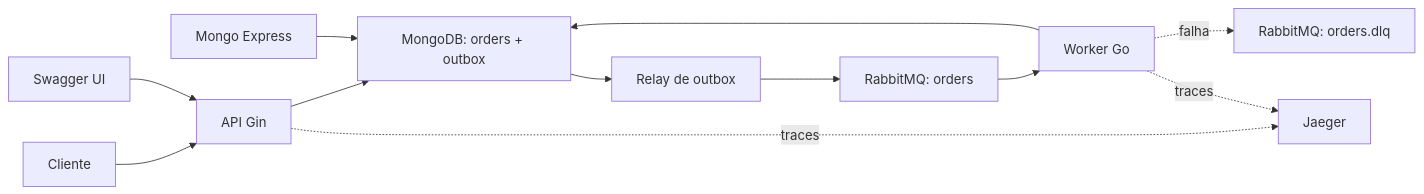
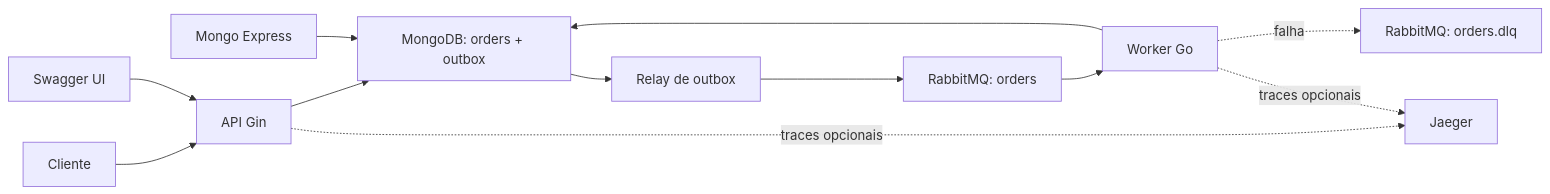
One commit to joaohgf/mjv-challenge changed the diagram in README.md. Above: the diagram before and after it, drawn with Mermaid. The commit also changed other lines of this file, not shown here.

````diff
--- a/README.md
+++ b/README.md
@@ -7,14 +7,14 @@
 ```mermaid
 flowchart LR
     Client["Cliente"] --> API["API Gin"]
     API --> Mongo["MongoDB: orders + outbox"]
     Mongo --> Relay["Relay de outbox"]
     Relay --> Queue["RabbitMQ: orders"]
     Queue --> Worker["Worker Go"]
     Worker --> Mongo
     Worker -. falha .-> DLQ["RabbitMQ: orders.dlq"]
-    API -. traces .-> Jaeger["Jaeger"]
-    Worker -. traces .-> Jaeger
+    API -. traces opcionais .-> Jaeger["Jaeger"]
+    Worker -. traces opcionais .-> Jaeger
     Swagger["Swagger UI"] --> API
     MongoExpress["Mongo Express"] --> Mongo
 ```
````
